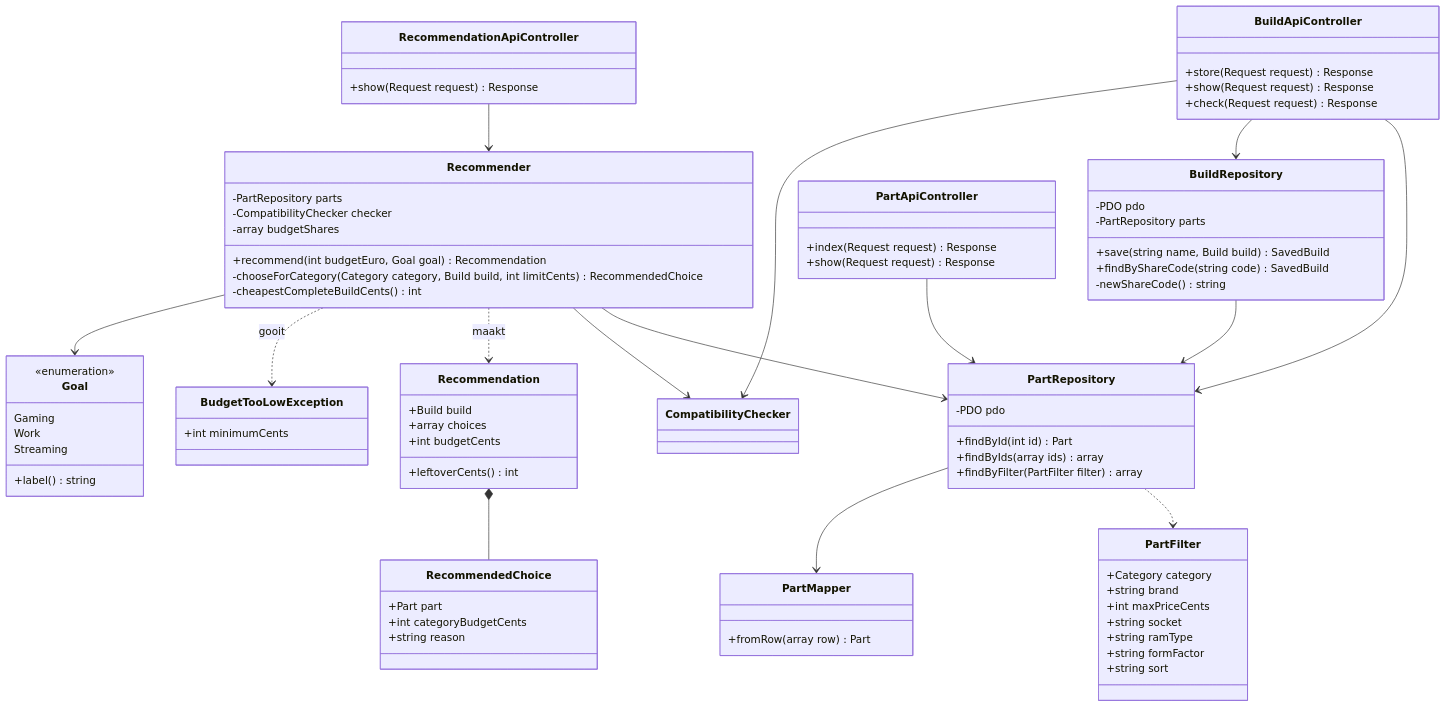
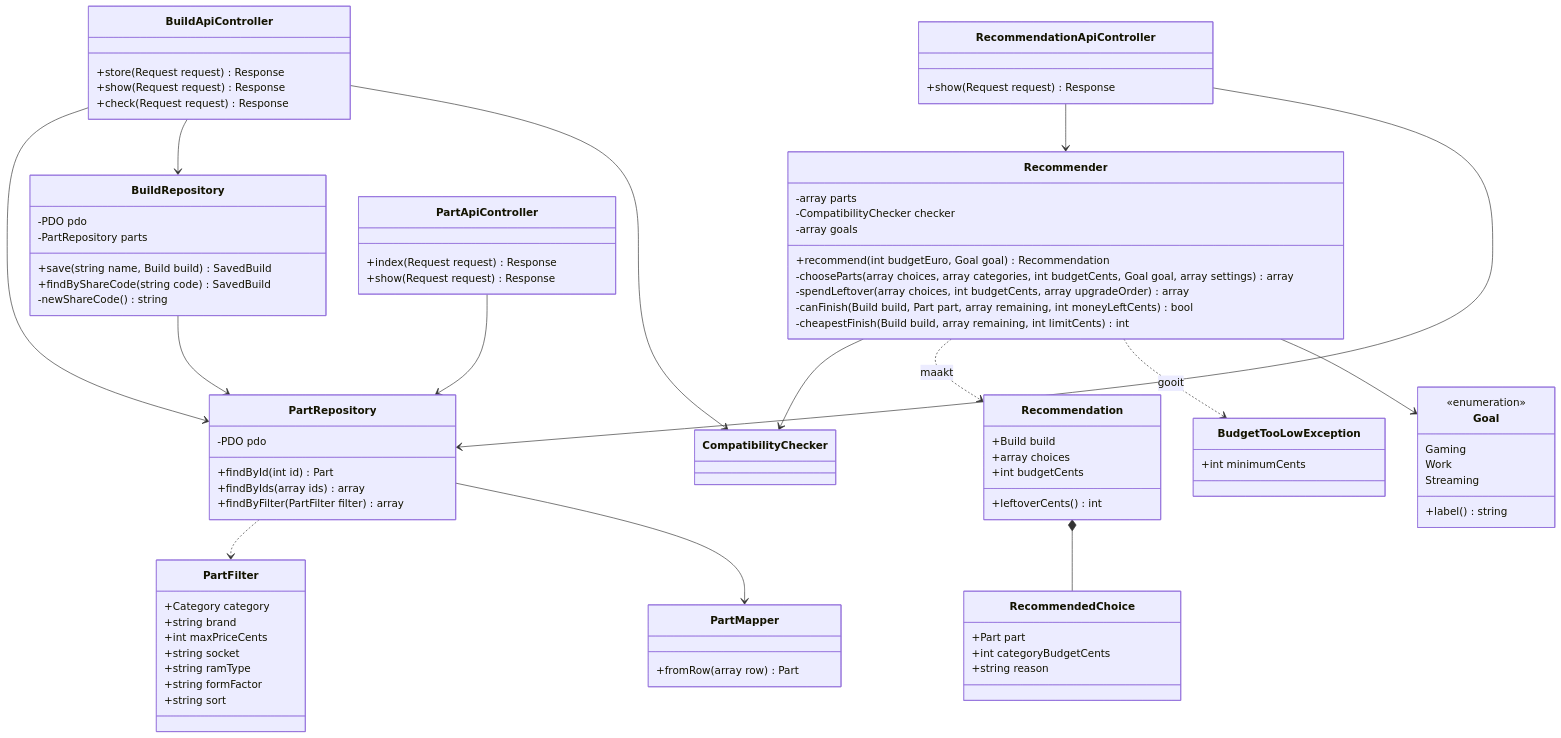
Before and after one commit to Niels023/pc-bouwplanner: the sixth of 9 diagrams in docs/ontwerp.md, drawn with Mermaid. The commit also changed other lines of this file and 4 other files, not shown here.

````diff
--- a/docs/ontwerp.md
+++ b/docs/ontwerp.md
@@ -408,12 +411,14 @@
         +label() string
     }
     class Recommender {
-        -PartRepository parts
+        -array parts
         -CompatibilityChecker checker
-        -array budgetShares
+        -array goals
         +recommend(int budgetEuro, Goal goal) Recommendation
-        -chooseForCategory(Category category, Build build, int limitCents) RecommendedChoice
-        -cheapestCompleteBuildCents() int
+        -chooseParts(array choices, array categories, int budgetCents, Goal goal, array settings) array
+        -spendLeftover(array choices, int budgetCents, array upgradeOrder) array
+        -canFinish(Build build, Part part, array remaining, int moneyLeftCents) bool
+        -cheapestFinish(Build build, array remaining, int limitCents) int
     }
     class Recommendation {
         +Build build
@@ -467,7 +472,6 @@
         +show(Request request) Response
     }
 
-    Recommender --> PartRepository
     Recommender --> CompatibilityChecker
     Recommender ..> Recommendation : maakt
     Recommender ..> BudgetTooLowException : gooit
@@ -481,4 +485,5 @@
     BuildApiController --> CompatibilityChecker
     BuildRepository --> PartRepository
     RecommendationApiController --> Recommender
+    RecommendationApiController --> PartRepository
 ```
````
